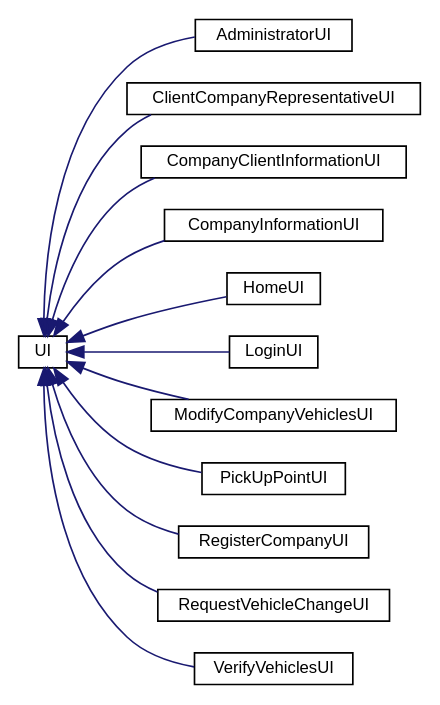
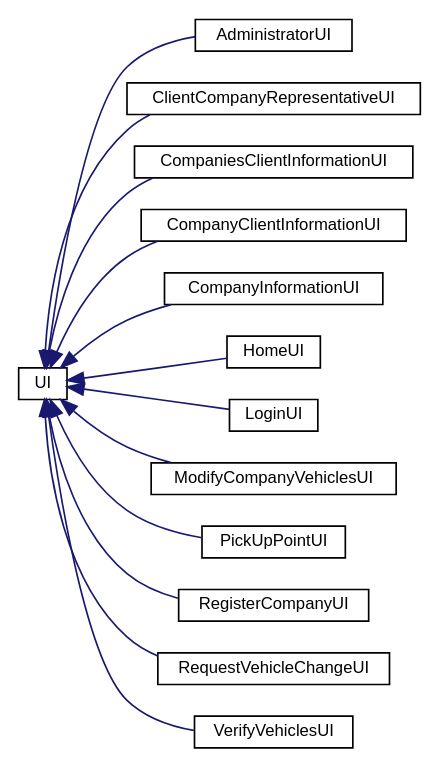
The diagram in inherit_graph_24.dot (ctrlMarcio/feup-cal-proj), drawn with Graphviz before and after one commit. The commit also changed 34 other files, not shown here.

```diff
--- a/inherit_graph_24.dot
+++ b/inherit_graph_24.dot
@@ -1,29 +1,31 @@
 digraph "Graphical Class Hierarchy"
 {
   edge [fontname="Helvetica",fontsize="10",labelfontname="Helvetica",labelfontsize="10"];
   node [fontname="Helvetica",fontsize="10",shape=record];
   rankdir="LR";
   Node0 [label="UI",height=0.2,width=0.4,color="black", fillcolor="white", style="filled",URL="$classUI.html"];
   Node0 -> Node1 [dir="back",color="midnightblue",fontsize="10",style="solid",fontname="Helvetica"];
   Node1 [label="AdministratorUI",height=0.2,width=0.4,color="black", fillcolor="white", style="filled",URL="$classAdministratorUI.html"];
   Node0 -> Node2 [dir="back",color="midnightblue",fontsize="10",style="solid",fontname="Helvetica"];
   Node2 [label="ClientCompanyRepresentativeUI",height=0.2,width=0.4,color="black", fillcolor="white", style="filled",URL="$classClientCompanyRepresentativeUI.html"];
   Node0 -> Node3 [dir="back",color="midnightblue",fontsize="10",style="solid",fontname="Helvetica"];
-  Node3 [label="CompanyClientInformationUI",height=0.2,width=0.4,color="black", fillcolor="white", style="filled",URL="$classCompanyClientInformationUI.html"];
+  Node3 [label="CompaniesClientInformationUI",height=0.2,width=0.4,color="black", fillcolor="white", style="filled",URL="$classCompaniesClientInformationUI.html"];
   Node0 -> Node4 [dir="back",color="midnightblue",fontsize="10",style="solid",fontname="Helvetica"];
-  Node4 [label="CompanyInformationUI",height=0.2,width=0.4,color="black", fillcolor="white", style="filled",URL="$classCompanyInformationUI.html"];
+  Node4 [label="CompanyClientInformationUI",height=0.2,width=0.4,color="black", fillcolor="white", style="filled",URL="$classCompanyClientInformationUI.html"];
   Node0 -> Node5 [dir="back",color="midnightblue",fontsize="10",style="solid",fontname="Helvetica"];
-  Node5 [label="HomeUI",height=0.2,width=0.4,color="black", fillcolor="white", style="filled",URL="$classHomeUI.html"];
+  Node5 [label="CompanyInformationUI",height=0.2,width=0.4,color="black", fillcolor="white", style="filled",URL="$classCompanyInformationUI.html"];
   Node0 -> Node6 [dir="back",color="midnightblue",fontsize="10",style="solid",fontname="Helvetica"];
-  Node6 [label="LoginUI",height=0.2,width=0.4,color="black", fillcolor="white", style="filled",URL="$classLoginUI.html"];
+  Node6 [label="HomeUI",height=0.2,width=0.4,color="black", fillcolor="white", style="filled",URL="$classHomeUI.html"];
   Node0 -> Node7 [dir="back",color="midnightblue",fontsize="10",style="solid",fontname="Helvetica"];
-  Node7 [label="ModifyCompanyVehiclesUI",height=0.2,width=0.4,color="black", fillcolor="white", style="filled",URL="$classModifyCompanyVehiclesUI.html"];
+  Node7 [label="LoginUI",height=0.2,width=0.4,color="black", fillcolor="white", style="filled",URL="$classLoginUI.html"];
   Node0 -> Node8 [dir="back",color="midnightblue",fontsize="10",style="solid",fontname="Helvetica"];
-  Node8 [label="PickUpPointUI",height=0.2,width=0.4,color="black", fillcolor="white", style="filled",URL="$classPickUpPointUI.html"];
+  Node8 [label="ModifyCompanyVehiclesUI",height=0.2,width=0.4,color="black", fillcolor="white", style="filled",URL="$classModifyCompanyVehiclesUI.html"];
   Node0 -> Node9 [dir="back",color="midnightblue",fontsize="10",style="solid",fontname="Helvetica"];
-  Node9 [label="RegisterCompanyUI",height=0.2,width=0.4,color="black", fillcolor="white", style="filled",URL="$classRegisterCompanyUI.html"];
+  Node9 [label="PickUpPointUI",height=0.2,width=0.4,color="black", fillcolor="white", style="filled",URL="$classPickUpPointUI.html"];
   Node0 -> Node10 [dir="back",color="midnightblue",fontsize="10",style="solid",fontname="Helvetica"];
-  Node10 [label="RequestVehicleChangeUI",height=0.2,width=0.4,color="black", fillcolor="white", style="filled",URL="$classRequestVehicleChangeUI.html"];
+  Node10 [label="RegisterCompanyUI",height=0.2,width=0.4,color="black", fillcolor="white", style="filled",URL="$classRegisterCompanyUI.html"];
   Node0 -> Node11 [dir="back",color="midnightblue",fontsize="10",style="solid",fontname="Helvetica"];
-  Node11 [label="VerifyVehiclesUI",height=0.2,width=0.4,color="black", fillcolor="white", style="filled",URL="$classVerifyVehiclesUI.html"];
+  Node11 [label="RequestVehicleChangeUI",height=0.2,width=0.4,color="black", fillcolor="white", style="filled",URL="$classRequestVehicleChangeUI.html"];
+  Node0 -> Node12 [dir="back",color="midnightblue",fontsize="10",style="solid",fontname="Helvetica"];
+  Node12 [label="VerifyVehiclesUI",height=0.2,width=0.4,color="black", fillcolor="white", style="filled",URL="$classVerifyVehiclesUI.html"];
 }
```
